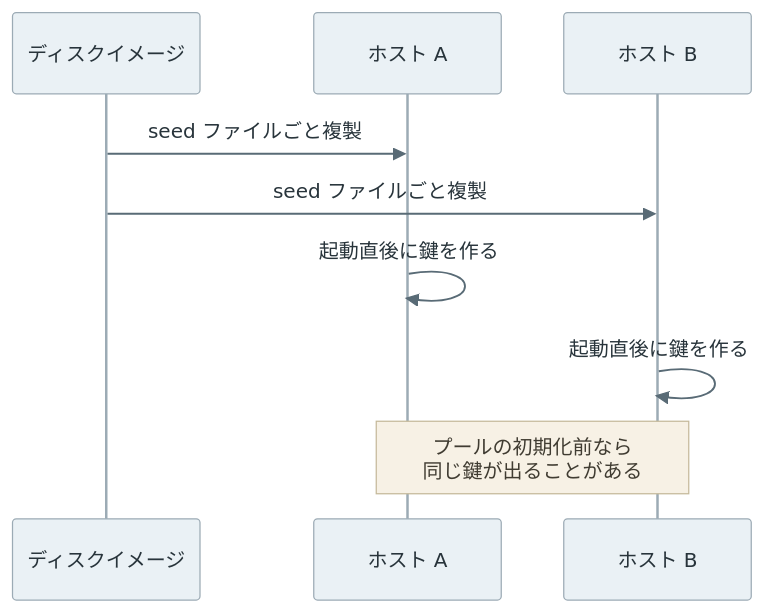
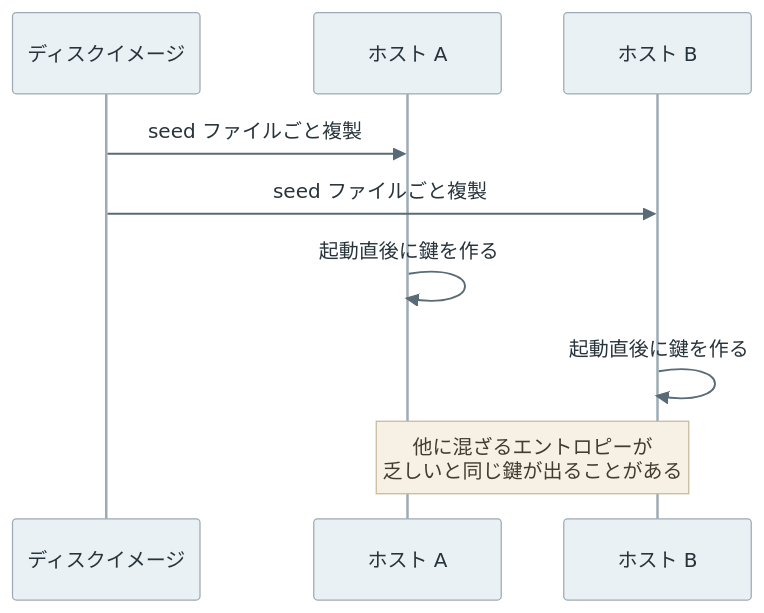
One commit to nao1215/debimate changed the sixth of 9 diagrams in content/notes/security/random-number/index.md. Above: the diagram before and after it, drawn with Mermaid. The commit also changed other lines of this file, not shown here.

Commit message:
docs(notes): fix factual errors in the random-number note found by a blind read
Claude-Session: https://claude.ai/code/session_01YUxqecMZen2uvfTdKQk7zM

````diff
--- a/content/notes/security/random-number/index.md
+++ b/content/notes/security/random-number/index.md
@@ -192,12 +192,12 @@
 ```mermaid
 %%{init: {"theme":"base","themeVariables":{"primaryColor":"#eaf1f5","primaryTextColor":"#28343b","primaryBorderColor":"#9cabb5","lineColor":"#596b76","textColor":"#28343b","actorBkg":"#eaf1f5","actorBorder":"#9cabb5","actorTextColor":"#28343b","actorLineColor":"#9cabb5","signalColor":"#596b76","signalTextColor":"#28343b","noteBkgColor":"#f7f1e5","noteBorderColor":"#c5b99b","noteTextColor":"#403c32","activationBkgColor":"#edf3ef","activationBorderColor":"#9aafa1"}}}%%
 sequenceDiagram
     participant I as ディスクイメージ
     participant A as ホスト A
     participant B as ホスト B
     I->>A: seed ファイルごと複製
     I->>B: seed ファイルごと複製
     A->>A: 起動直後に鍵を作る
     B->>B: 起動直後に鍵を作る
-    Note over A,B: プールの初期化前なら<br/>同じ鍵が出ることがある
+    Note over A,B: 他に混ざるエントロピーが<br/>乏しいと同じ鍵が出ることがある
 ```
````
